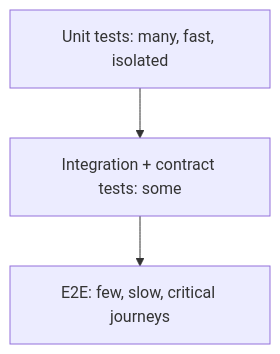
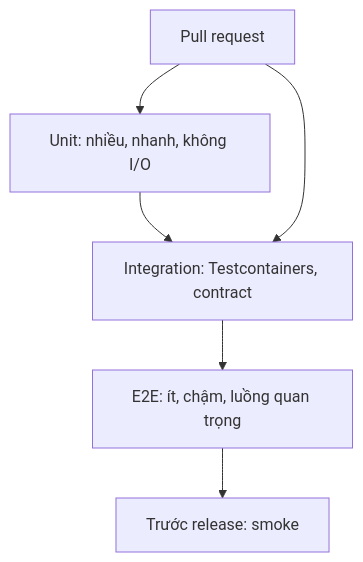
The diagram in src/assets/knowledge/playbooks/engineering-practices/testing-strategy-pyramid.md (passion-Infinity/personal-tech-playbook), drawn with Mermaid before and after one commit. The commit also changed other lines of this file and 8 other files, not shown here.

````diff
--- a/src/assets/knowledge/playbooks/engineering-practices/testing-strategy-pyramid.md
+++ b/src/assets/knowledge/playbooks/engineering-practices/testing-strategy-pyramid.md
@@ -17,7 +36,10 @@
 ```mermaid
-flowchart TD
-    E2E["E2E: few, slow, critical journeys"]
-    INT["Integration + contract tests: some"]
-    UNIT["Unit tests: many, fast, isolated"]
+flowchart TB
+    E2E["E2E: ít, chậm, luồng quan trọng"]
+    INT["Integration: Testcontainers, contract"]
+    UNIT["Unit: nhiều, nhanh, không I/O"]
     UNIT --> INT --> E2E
+    PR["Pull request"] --> UNIT
+    PR --> INT
+    E2E --> REL["Trước release: smoke"]
 ```
````
